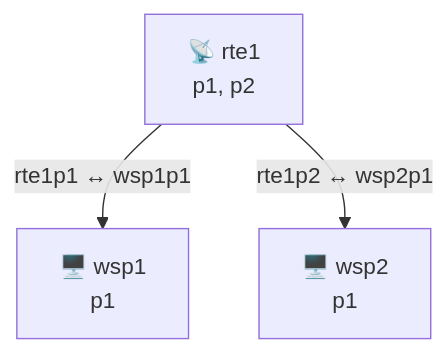
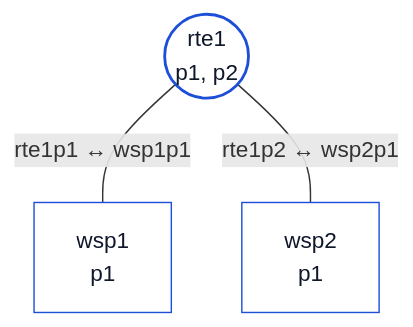
Before and after one commit to MagicJF/NetLabs: the second of 2 diagrams in labs/b_router_dos_puestos/b_router_dos_puestos.md, drawn with Mermaid. The commit also changed other lines of this file and 4 other files, not shown here.

````diff
--- a/labs/b_router_dos_puestos/b_router_dos_puestos.md
+++ b/labs/b_router_dos_puestos/b_router_dos_puestos.md
@@ -34,8 +49,13 @@
 ```mermaid
 flowchart TB
-    n_rte1["📡 rte1<br/>p1, p2"]
-    n_wsp1["🖥️ wsp1<br/>p1"]
-    n_wsp2["🖥️ wsp2<br/>p1"]
-    n_rte1 -->|rte1p1 ↔ wsp1p1| n_wsp1
-    n_rte1 -->|rte1p2 ↔ wsp2p1| n_wsp2
+    classDef equipo fill:#ffffff,stroke:#1d4ed8,stroke-width:1px,color:#0f172a
+    classDef puerta fill:#ffffff,stroke:#1d4ed8,stroke-width:2px,color:#0f172a
+    n_rte1(("rte1<br/>p1, p2"))
+    class n_rte1 puerta
+    n_wsp1["wsp1<br/>p1"]
+    class n_wsp1 equipo
+    n_wsp2["wsp2<br/>p1"]
+    class n_wsp2 equipo
+    n_rte1 ---|rte1p1 ↔ wsp1p1| n_wsp1
+    n_rte1 ---|rte1p2 ↔ wsp2p1| n_wsp2
 ```
````
